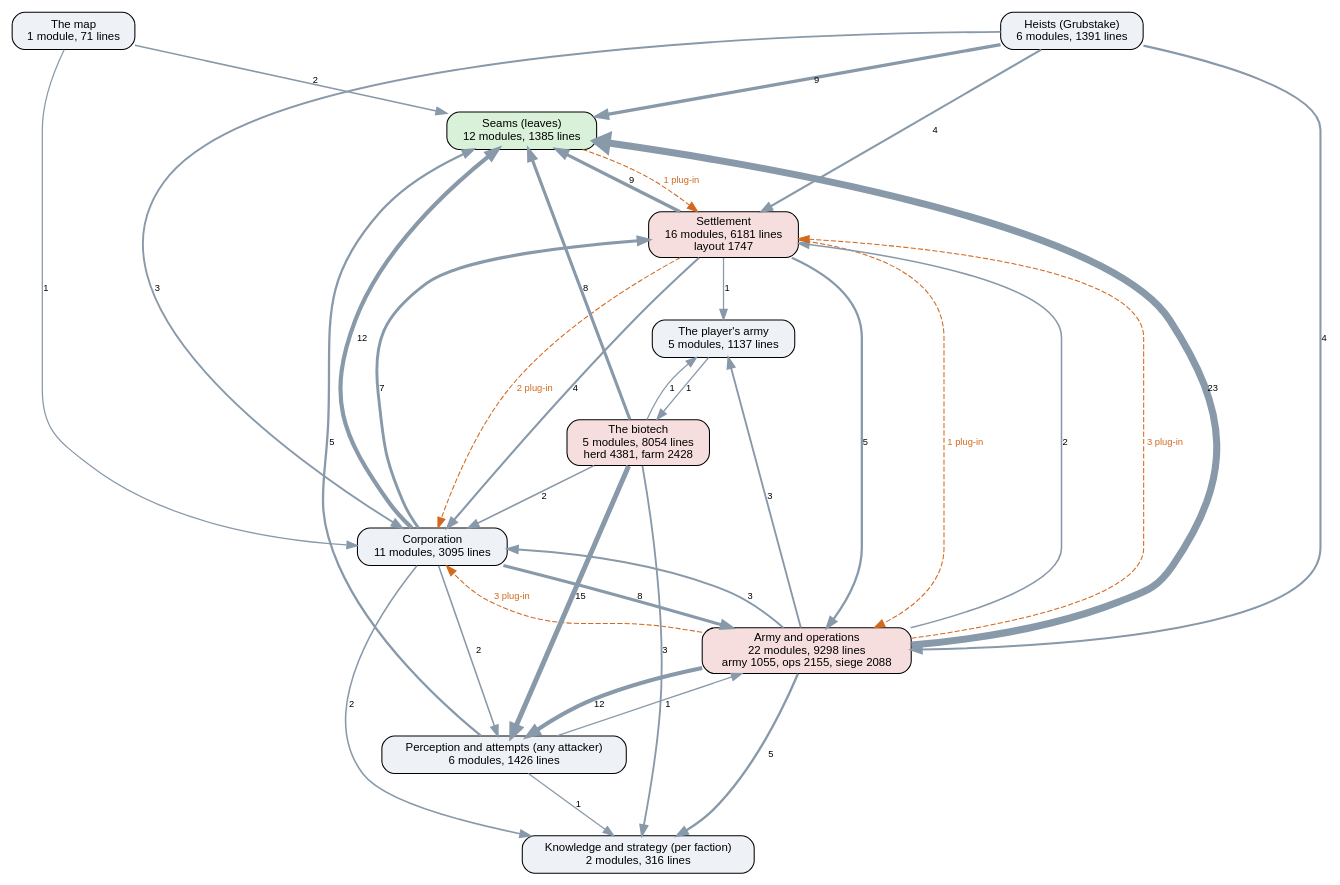
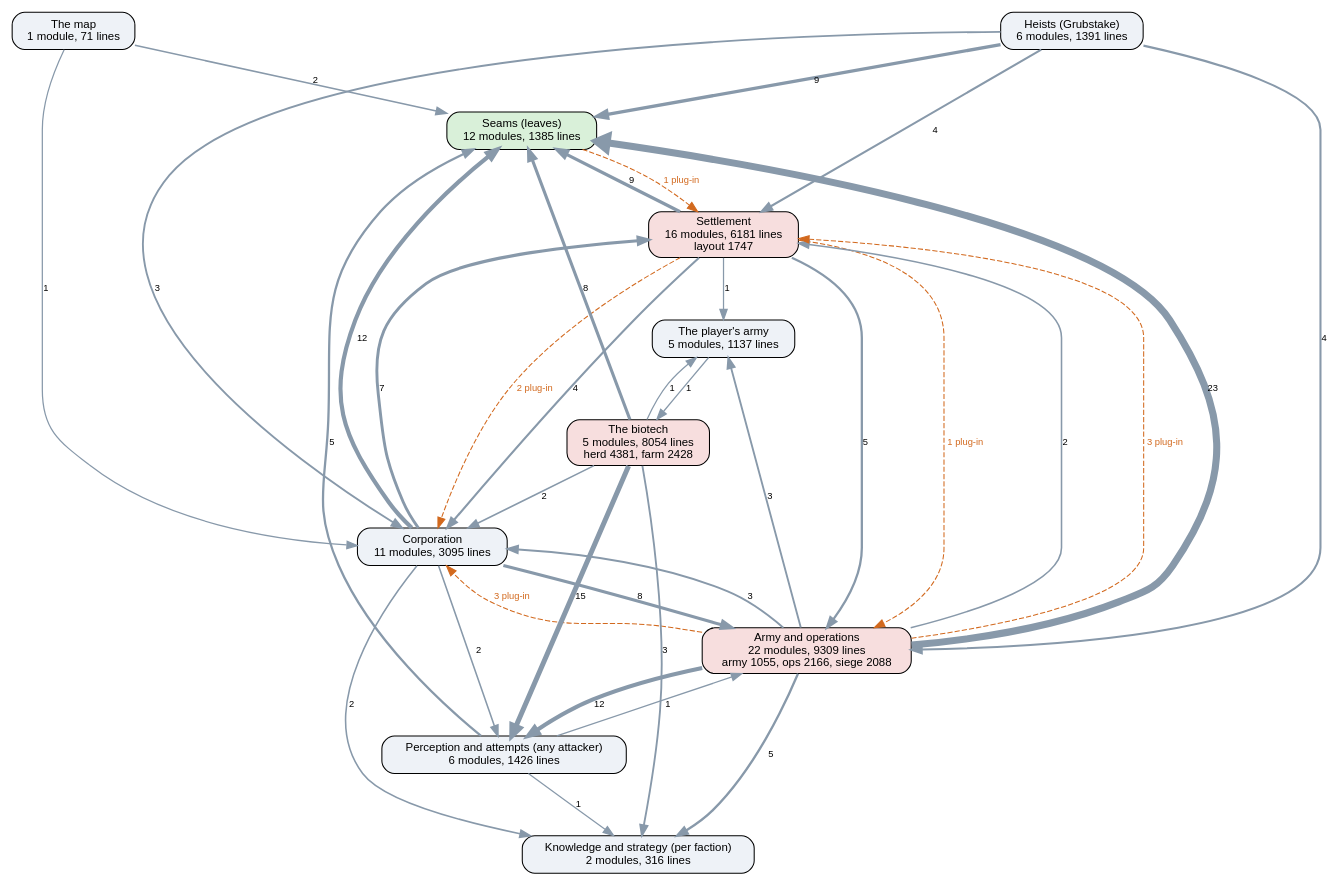
Before and after one commit to kinelhu/landing-party: the diagram in docs/ai-layers.dot, drawn with Graphviz. The commit also changed 10 other files, not shown here.

```diff
--- a/docs/ai-layers.dot
+++ b/docs/ai-layers.dot
@@ -1,50 +1,50 @@
 digraph layers {
   graph [rankdir=TB, fontname="Helvetica", nodesep=0.5, ranksep=0.7];
   node [shape=box, style="rounded,filled", fontname="Helvetica", fontsize=11, fillcolor="#eef2f7"];
   edge [color="#8899aa", fontname="Helvetica", fontsize=9];
   "Seams (leaves)" [label="Seams (leaves)\n12 modules, 1385 lines", fillcolor="#d9f0d9"];
   "Perception and attempts (any attacker)" [label="Perception and attempts (any attacker)\n6 modules, 1426 lines", fillcolor="#eef2f7"];
   "Knowledge and strategy (per faction)" [label="Knowledge and strategy (per faction)\n2 modules, 316 lines", fillcolor="#eef2f7"];
   "Corporation" [label="Corporation\n11 modules, 3095 lines", fillcolor="#eef2f7"];
   "Settlement" [label="Settlement\n16 modules, 6181 lines\nlayout 1747", fillcolor="#f7dede"];
-  "Army and operations" [label="Army and operations\n22 modules, 9298 lines\narmy 1055, ops 2155, siege 2088", fillcolor="#f7dede"];
+  "Army and operations" [label="Army and operations\n22 modules, 9309 lines\narmy 1055, ops 2166, siege 2088", fillcolor="#f7dede"];
   "Heists (Grubstake)" [label="Heists (Grubstake)\n6 modules, 1391 lines", fillcolor="#eef2f7"];
   "The biotech" [label="The biotech\n5 modules, 8054 lines\nherd 4381, farm 2428", fillcolor="#f7dede"];
   "The map" [label="The map\n1 module, 71 lines", fillcolor="#eef2f7"];
   "The player's army" [label="The player's army\n5 modules, 1137 lines", fillcolor="#eef2f7"];
   "Army and operations" -> "Corporation" [label="3", penwidth=1.8];
   "Army and operations" -> "Knowledge and strategy (per faction)" [label="5", penwidth=2.2];
   "Army and operations" -> "Perception and attempts (any attacker)" [label="12", penwidth=4.0];
   "Army and operations" -> "Seams (leaves)" [label="23", penwidth=6.8];
   "Army and operations" -> "Settlement" [label="2", penwidth=1.5];
   "Army and operations" -> "The player's army" [label="3", penwidth=1.8];
   "Corporation" -> "Army and operations" [label="8", penwidth=3.0];
   "Corporation" -> "Knowledge and strategy (per faction)" [label="2", penwidth=1.5];
   "Corporation" -> "Perception and attempts (any attacker)" [label="2", penwidth=1.5];
   "Corporation" -> "Seams (leaves)" [label="12", penwidth=4.0];
   "Corporation" -> "Settlement" [label="7", penwidth=2.8];
   "Heists (Grubstake)" -> "Army and operations" [label="4", penwidth=2.0];
   "Heists (Grubstake)" -> "Corporation" [label="3", penwidth=1.8];
   "Heists (Grubstake)" -> "Seams (leaves)" [label="9", penwidth=3.2];
   "Heists (Grubstake)" -> "Settlement" [label="4", penwidth=2.0];
   "Perception and attempts (any attacker)" -> "Army and operations" [label="1", penwidth=1.2];
   "Perception and attempts (any attacker)" -> "Knowledge and strategy (per faction)" [label="1", penwidth=1.2];
   "Perception and attempts (any attacker)" -> "Seams (leaves)" [label="5", penwidth=2.2];
   "Settlement" -> "Army and operations" [label="5", penwidth=2.2];
   "Settlement" -> "Corporation" [label="4", penwidth=2.0];
   "Settlement" -> "Seams (leaves)" [label="9", penwidth=3.2];
   "Settlement" -> "The player's army" [label="1", penwidth=1.2];
   "The biotech" -> "Corporation" [label="2", penwidth=1.5];
   "The biotech" -> "Knowledge and strategy (per faction)" [label="3", penwidth=1.8];
   "The biotech" -> "Perception and attempts (any attacker)" [label="15", penwidth=4.8];
   "The biotech" -> "Seams (leaves)" [label="8", penwidth=3.0];
   "The biotech" -> "The player's army" [label="1", penwidth=1.2];
   "The map" -> "Corporation" [label="1", penwidth=1.2];
   "The map" -> "Seams (leaves)" [label="2", penwidth=1.5];
   "The player's army" -> "The biotech" [label="1", penwidth=1.2];
   "Army and operations" -> "Corporation" [style=dashed, color="#d2691e", fontcolor="#d2691e", label="3 plug-in"];
   "Army and operations" -> "Settlement" [style=dashed, color="#d2691e", fontcolor="#d2691e", label="3 plug-in"];
   "Seams (leaves)" -> "Settlement" [style=dashed, color="#d2691e", fontcolor="#d2691e", label="1 plug-in"];
   "Settlement" -> "Army and operations" [style=dashed, color="#d2691e", fontcolor="#d2691e", label="1 plug-in"];
   "Settlement" -> "Corporation" [style=dashed, color="#d2691e", fontcolor="#d2691e", label="2 plug-in"];
 }
```
